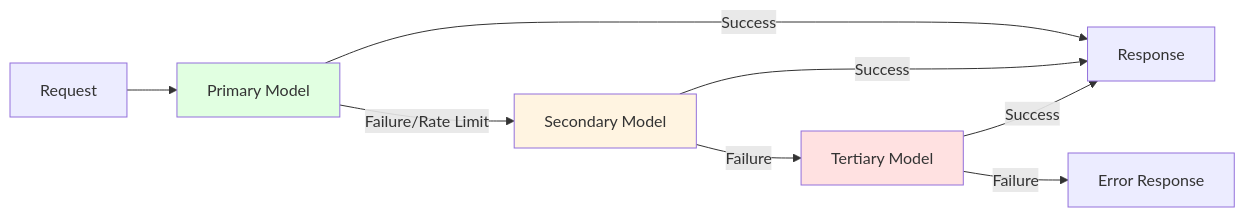
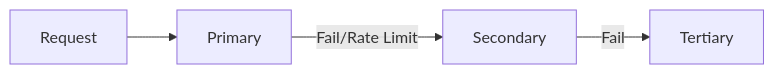
One commit to LCKYN/LCKYN-KnowledgeBase changed the second of 2 diagrams in 30-39 Strategy_Architecture/32_Cost_Management/32.04 Multi-Model Cost Strategy.md. Above: the diagram before and after it, drawn with Mermaid. The commit also changed other lines of this file and 17 other files, not shown here.

````diff
--- a/30-39 Strategy_Architecture/32_Cost_Management/32.04 Multi-Model Cost Strategy.md
+++ b/30-39 Strategy_Architecture/32_Cost_Management/32.04 Multi-Model Cost Strategy.md
@@ -405,14 +63,6 @@
 ```mermaid
 graph LR
-    A[Request] --> B[Primary Model]
-    B -->|Success| C[Response]
-    B -->|Failure/Rate Limit| D[Secondary Model]
-    D -->|Success| C
-    D -->|Failure| E[Tertiary Model]
-    E -->|Success| C
-    E -->|Failure| F[Error Response]
-
-    style B fill:#e1ffe1
-    style D fill:#fff4e1
-    style E fill:#ffe1e1
+    A[Request] --> B[Primary]
+    B -->|Fail/Rate Limit| C[Secondary]
+    C -->|Fail| D[Tertiary]
 ```
````
